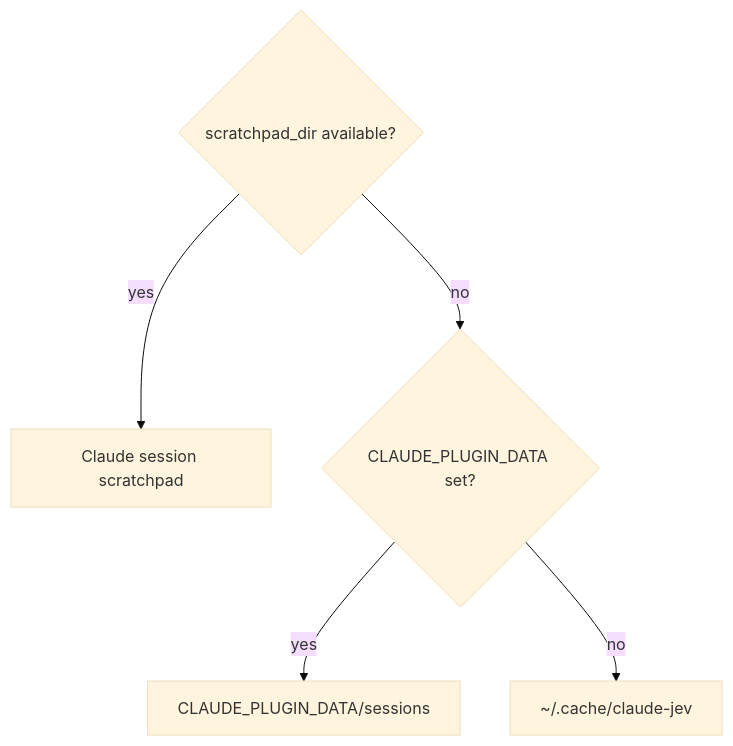
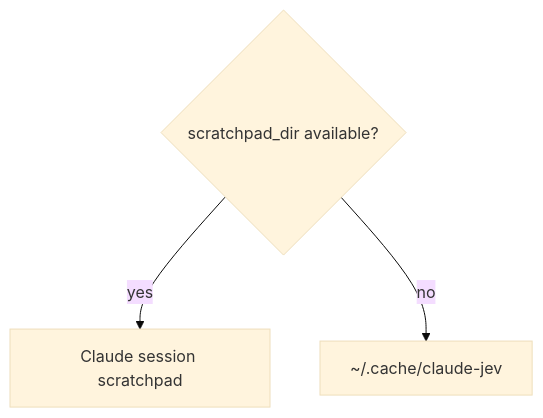
One commit to dr-dimitru/claude-jev-plugin changed the fifth of 5 diagrams in docs/reliability-and-privacy.md. Above: the diagram before and after it, drawn with Mermaid (base theme). The commit also changed other lines of this file and 10 other files, not shown here.

````diff
--- a/docs/reliability-and-privacy.md
+++ b/docs/reliability-and-privacy.md
@@ -198,8 +198,6 @@
 ```mermaid
 flowchart TD
     A{scratchpad_dir available?}
     A -->|yes| S[Claude session scratchpad]
-    A -->|no| B{CLAUDE_PLUGIN_DATA set?}
-    B -->|yes| P[CLAUDE_PLUGIN_DATA/sessions]
-    B -->|no| F[~/.cache/claude-jev]
+    A -->|no| F[~/.cache/claude-jev]
 ```
````
